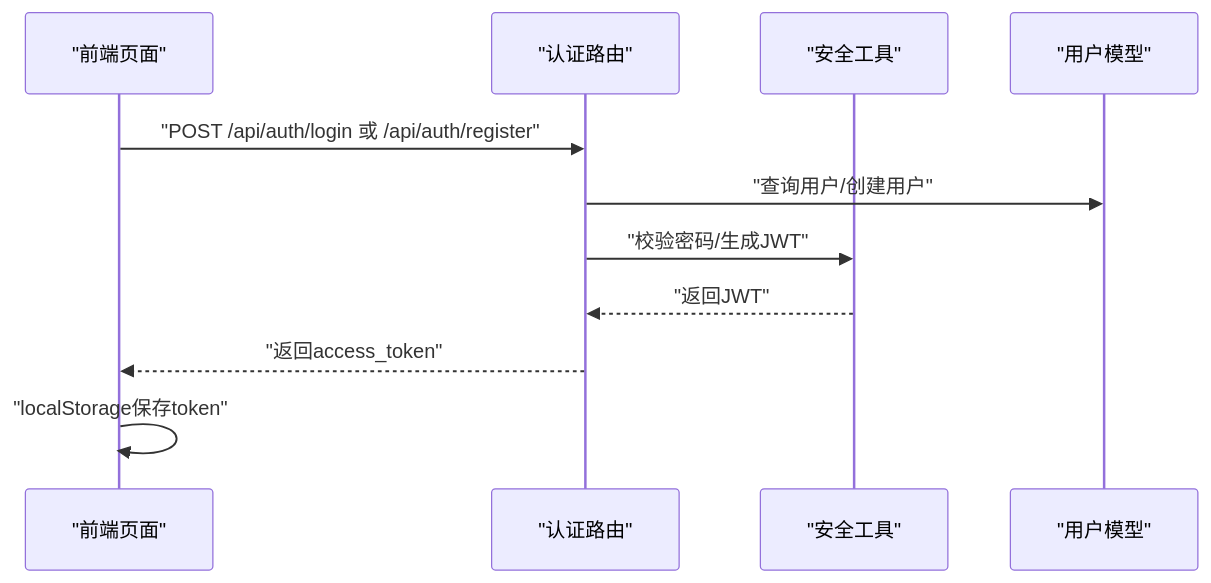
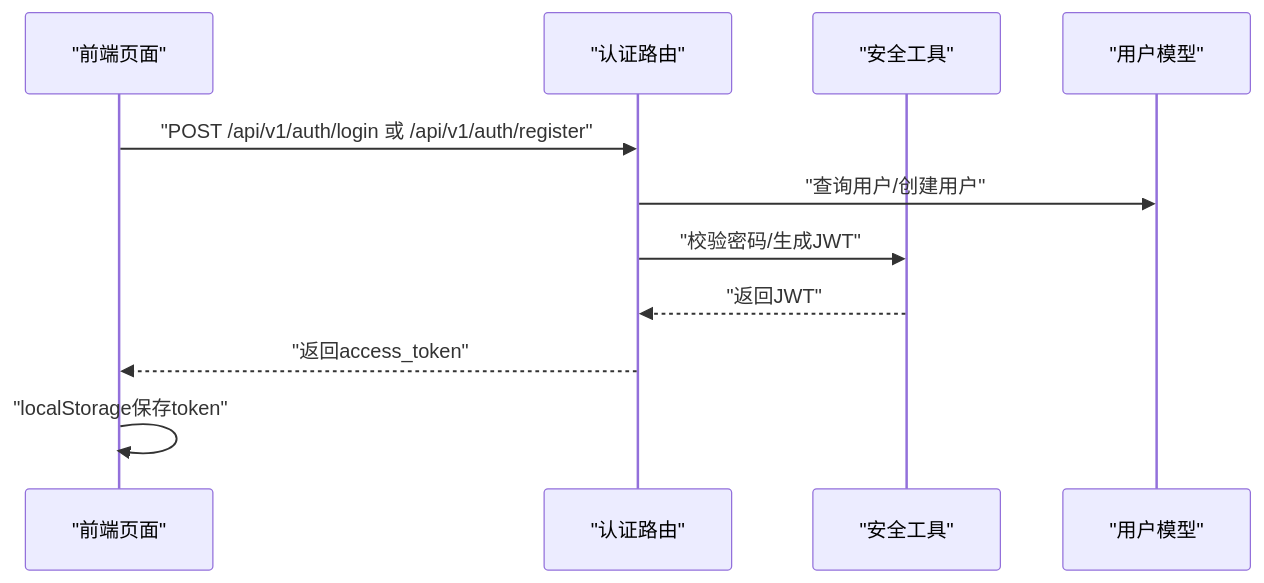
Before and after one commit to breeze-lyf/ai-stock-advisor: the second of 7 diagrams in .qoder/repowiki/zh/content/用户认证系统/用户认证系统.md, drawn with Mermaid. The commit also changed other lines of this file and 11 other files, not shown here.

````diff
--- a/.qoder/repowiki/zh/content/用户认证系统/用户认证系统.md
+++ b/.qoder/repowiki/zh/content/用户认证系统/用户认证系统.md
@@ -120,13 +136,13 @@
 ```mermaid
 sequenceDiagram
 participant FE as "前端页面"
 participant AUTH as "认证路由"
 participant SEC as "安全工具"
 participant DB as "用户模型"
-FE->>AUTH : "POST /api/auth/login 或 /api/auth/register"
+FE->>AUTH : "POST /api/v1/auth/login 或 /api/v1/auth/register"
 AUTH->>DB : "查询用户/创建用户"
 AUTH->>SEC : "校验密码/生成JWT"
 SEC-->>AUTH : "返回JWT"
 AUTH-->>FE : "返回access_token"
 FE->>FE : "localStorage保存token"
 ```
````
